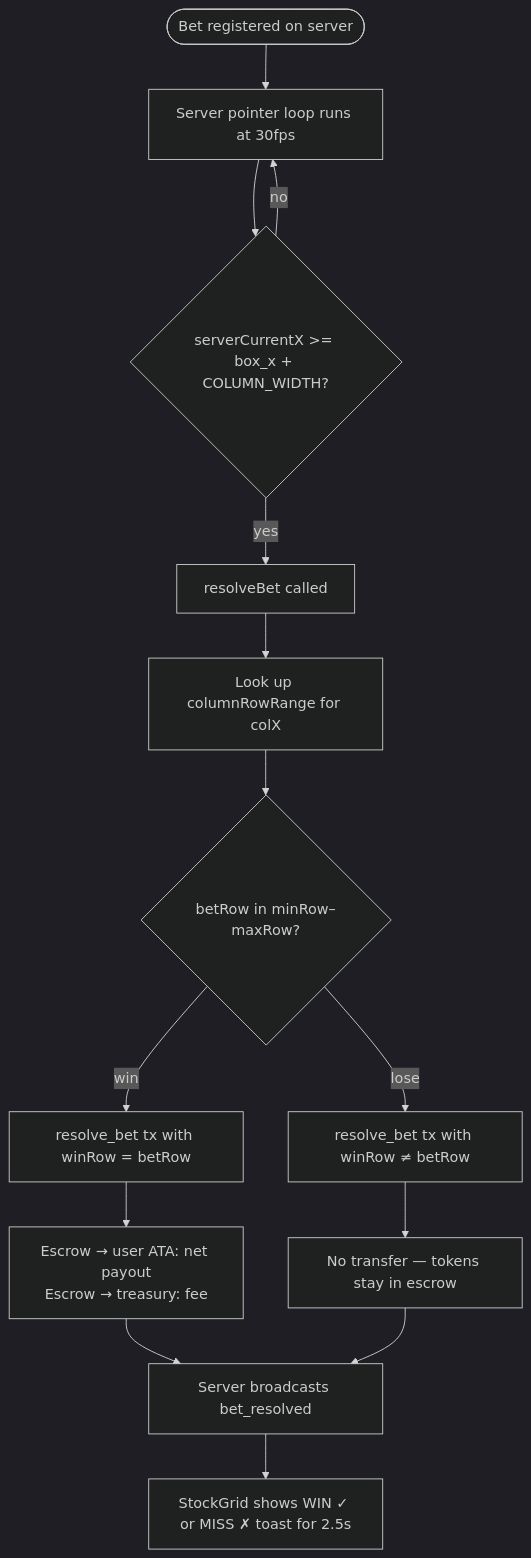
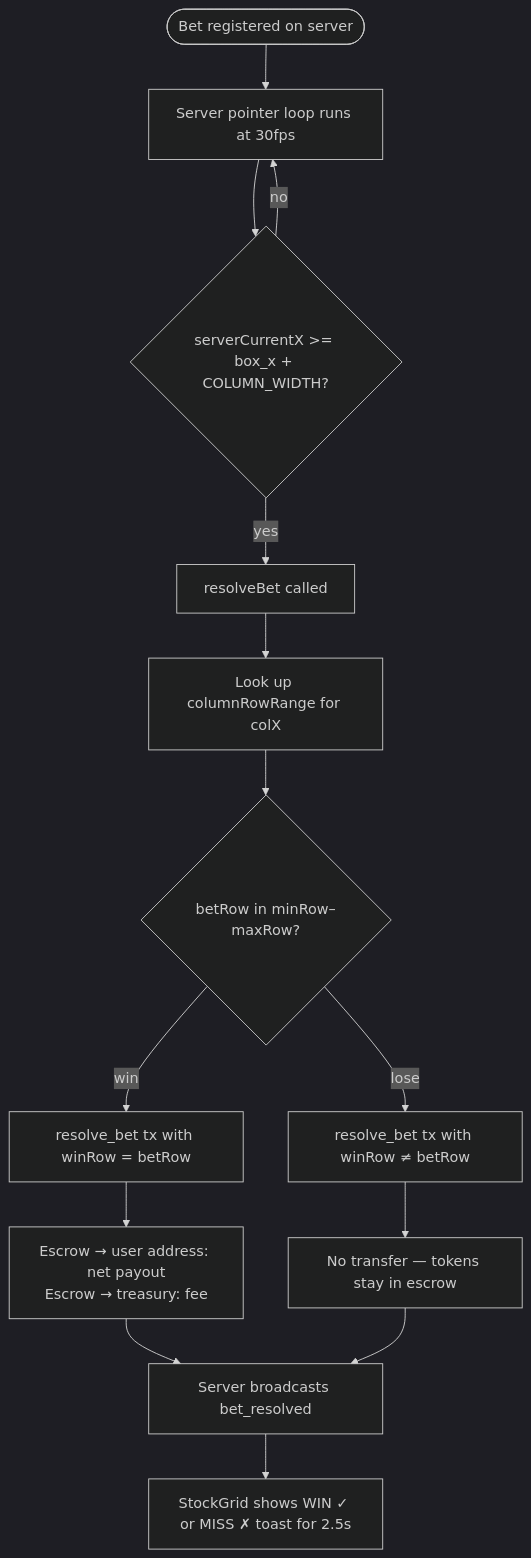
One commit to manovHacksaw/spermdotfun changed the fourth of 6 diagrams in docs/user-flow.md. Above: the diagram before and after it, drawn with Mermaid (dark theme). The commit also changed other lines of this file and 11 other files, not shown here.

````diff
--- a/docs/user-flow.md
+++ b/docs/user-flow.md
@@ -74,16 +74,16 @@
 ```mermaid
 flowchart TD
     A([Bet registered on server]) --> B[Server pointer loop runs at 30fps]
     B --> C{serverCurrentX >= box_x + COLUMN_WIDTH?}
     C -- no --> B
     C -- yes --> D[resolveBet called]
     D --> E[Look up columnRowRange for colX]
     E --> F{betRow in minRow–maxRow?}
     F -- win --> G[resolve_bet tx with winRow = betRow]
     F -- lose --> H[resolve_bet tx with winRow ≠ betRow]
-    G --> I[Escrow → user ATA: net payout\nEscrow → treasury: fee]
+    G --> I[Escrow → user address: net payout\nEscrow → treasury: fee]
     H --> J[No transfer — tokens stay in escrow]
     I --> K[Server broadcasts bet_resolved]
     J --> K
     K --> L[StockGrid shows WIN ✓ or MISS ✗ toast for 2.5s]
 ```
````
